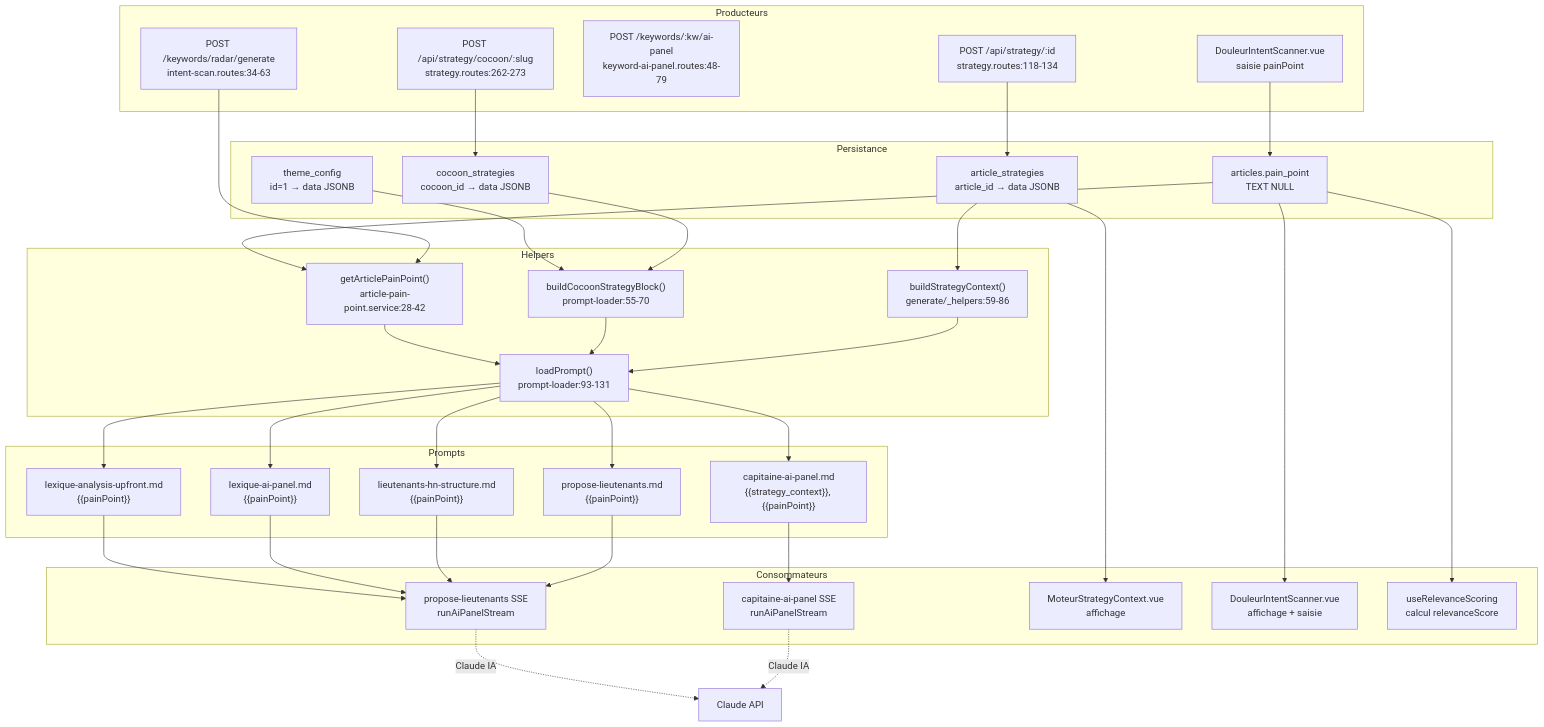
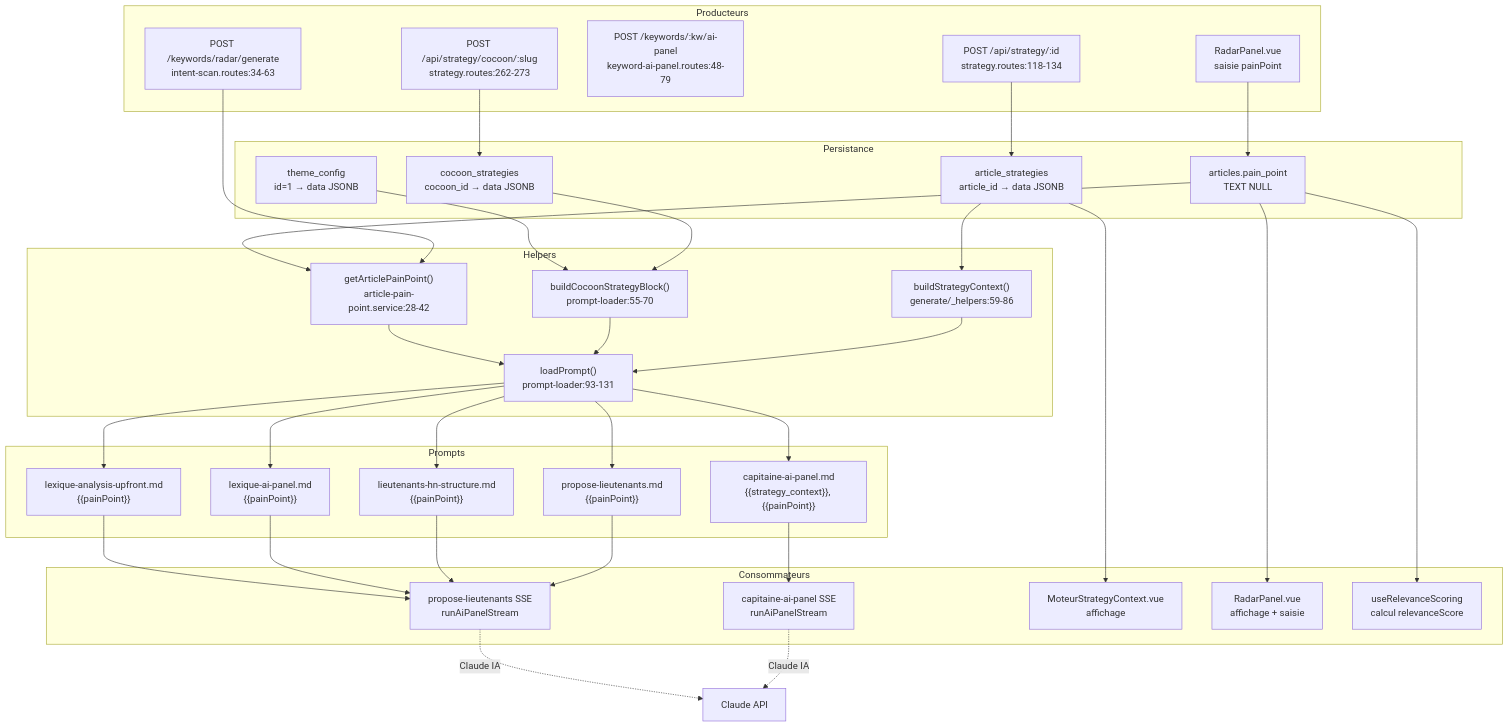
One commit to annubis-knight/Blog_Redactor_SEO changed the diagram in docs/data-flows/strategy-context.md. Above: the diagram before and after it, drawn with Mermaid. The commit also changed other lines of this file and 44 other files, not shown here.

````diff
--- a/docs/data-flows/strategy-context.md
+++ b/docs/data-flows/strategy-context.md
@@ -105,73 +105,73 @@
 ```mermaid
 flowchart TD
     subgraph Producteurs
         A1["POST /api/strategy/:id<br/>strategy.routes:118-134"]
         A2["POST /api/strategy/cocoon/:slug<br/>strategy.routes:262-273"]
         B1["POST /keywords/:kw/ai-panel<br/>keyword-ai-panel.routes:48-79"]
-        B2["DouleurIntentScanner.vue<br/>saisie painPoint"]
+        B2["RadarPanel.vue<br/>saisie painPoint"]
         B3["POST /keywords/radar/generate<br/>intent-scan.routes:34-63"]
     end
     
     subgraph Persistance
         DB1["article_strategies<br/>article_id → data JSONB"]
         DB2["cocoon_strategies<br/>cocoon_id → data JSONB"]
         DB3["articles.pain_point<br/>TEXT NULL"]
         DB4["theme_config<br/>id=1 → data JSONB"]
     end
     
     subgraph Helpers
         F1["buildStrategyContext()<br/>generate/_helpers:59-86"]
         F2["buildCocoonStrategyBlock()<br/>prompt-loader:55-70"]
         G1["getArticlePainPoint()<br/>article-pain-point.service:28-42"]
         L1["loadPrompt()<br/>prompt-loader:93-131"]
     end
     
     subgraph Prompts
         P1["capitaine-ai-panel.md<br/>{{strategy_context}}, {{painPoint}}"]
         P2["propose-lieutenants.md<br/>{{painPoint}}"]
         P3["lieutenants-hn-structure.md<br/>{{painPoint}}"]
         P4["lexique-ai-panel.md<br/>{{painPoint}}"]
         P5["lexique-analysis-upfront.md<br/>{{painPoint}}"]
     end
     
     subgraph Consommateurs
         C1["capitaine-ai-panel SSE<br/>runAiPanelStream"]
         C2["propose-lieutenants SSE<br/>runAiPanelStream"]
         C3["MoteurStrategyContext.vue<br/>affichage"]
-        C4["DouleurIntentScanner.vue<br/>affichage + saisie"]
+        C4["RadarPanel.vue<br/>affichage + saisie"]
         C5["useRelevanceScoring<br/>calcul relevanceScore"]
     end
     
     A1 --> DB1
     A2 --> DB2
     B2 --> DB3
     B3 --> G1
     
     DB1 --> F1
     DB2 --> F2
     DB3 --> G1
     DB4 --> F2
     
     F1 --> L1
     F2 --> L1
     G1 --> L1
     
     L1 --> P1
     L1 --> P2
     L1 --> P3
     L1 --> P4
     L1 --> P5
     
     P1 --> C1
     P2 --> C2
     P3 --> C2
     P4 --> C2
     P5 --> C2
     
     DB1 --> C3
     DB3 --> C4
     DB3 --> C5
     
     C1 -.->|Claude IA| AI["Claude API"]
     C2 -.->|Claude IA| AI
 ```
````
